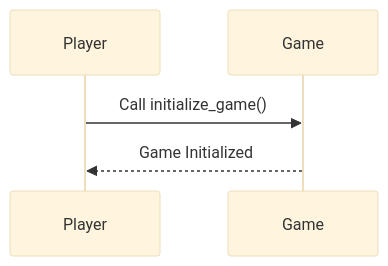
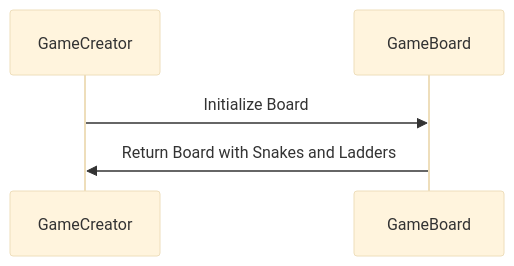
Before and after one commit to Sujata2017/App-developed-using-GenAI: the first of 16 diagrams in design_doc.md, drawn with Mermaid (base theme). The commit also changed other lines of this file, not shown here.

````diff
--- a/design_doc.md
+++ b/design_doc.md
@@ -13,7 +20,7 @@
-```mermaid
-sequenceDiagram
-    participant Player
-    participant Game
-    Player->>Game: Call initialize_game()
-    Game-->>Player: Game Initialized
-```
+  ```mermaid
+  sequenceDiagram
+    participant GameCreator
+    participant GameBoard
+    GameCreator->>GameBoard: Initialize Board
+    GameBoard->>GameCreator: Return Board with Snakes and Ladders
+  ```
````
